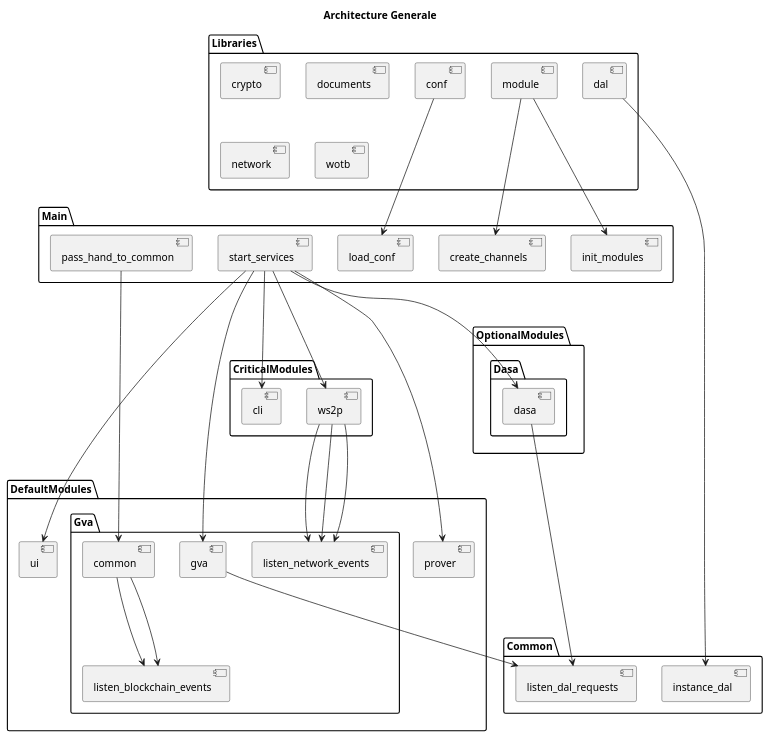
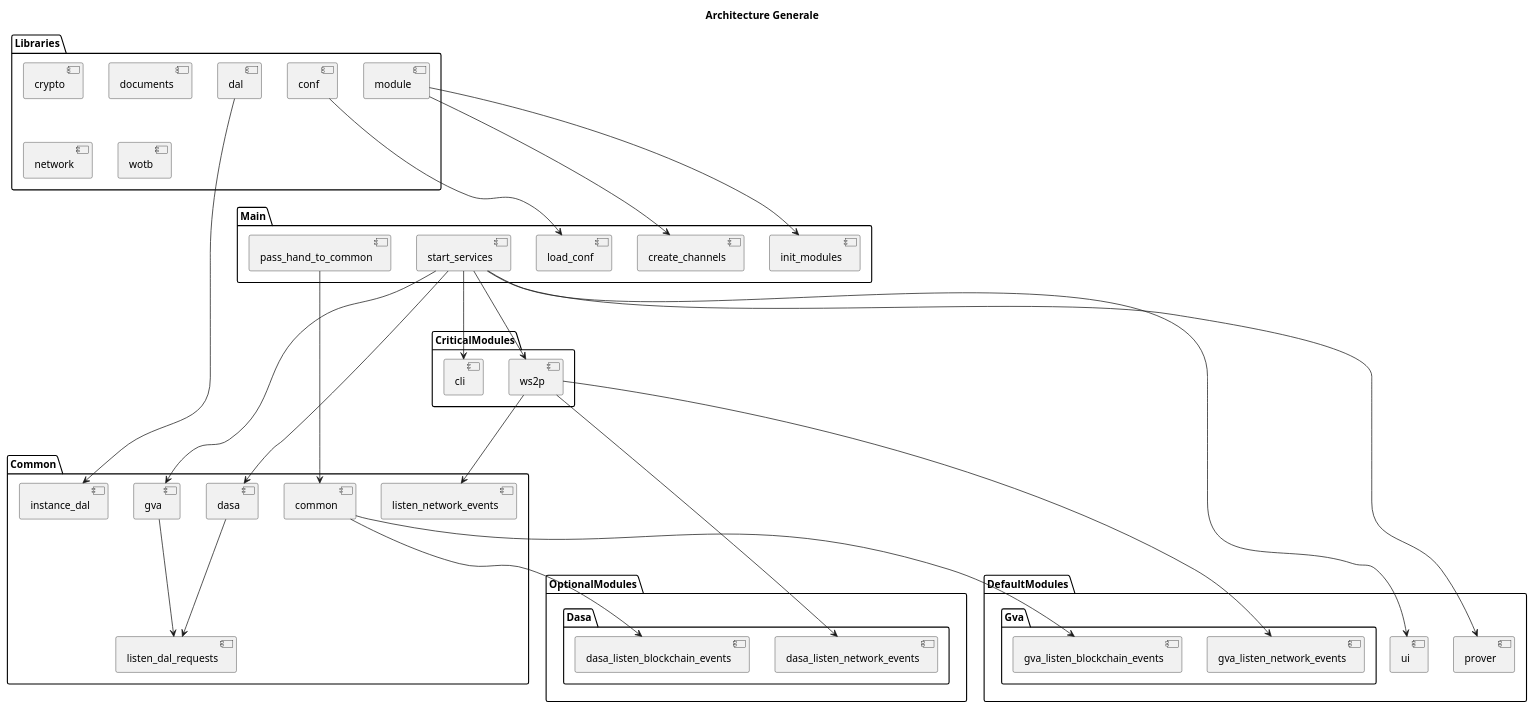
Before and after one commit to duniter/website_fr: the diagram in content/pages/wiki/duniter-rs/architecture.md, drawn with PlantUML.

Commit message:
update duniter-rs archi graph

```diff
--- a/content/pages/wiki/duniter-rs/architecture.md
+++ b/content/pages/wiki/duniter-rs/architecture.md
@@ -11,54 +11,54 @@
 @startuml
 
 title Architecture Generale
 
 package "Libraries" {
     [crypto]
     [conf]
     [documents]
     [module]
     [network]
     [wotb]
     [dal]
 }
 
 package "Main" {
     [conf] ---> [load_conf]
     [module] ---> [create_channels]
     [module] ---> [init_modules]
     [start_services]
     [pass_hand_to_common]
 }
 
 package "CriticalModules" {
   [start_services] ---> [cli]
   [start_services] ---> [ws2p]
 }
 
-package "DefaultModules" {
-  [start_services] ---> [prover]
-  [start_services] ---> [ui]
-  package "Gva" {
-        [start_services] ---> [gva]
-        [ws2p] ---> [listen_network_events]
-        [common] ---> [listen_blockchain_events]
-    }
-}
-
-package "OptionalModules" {
-    package "Dasa" {
-        [start_services] ---> [dasa]
-        [ws2p] ---> [listen_network_events]
-        [common] ---> [listen_blockchain_events]
-    }
-}
-
 package "Common" {
     [pass_hand_to_common] ---> [common]
     [dal] ---> [instance_dal]
     [ws2p] ---> [listen_network_events]
     [gva] ---> [listen_dal_requests]
     [dasa] ---> [listen_dal_requests]
 }
 
+package "DefaultModules" {
+  [start_services] ---> [prover]
+  [start_services] ---> [ui]
+  package "Gva" {
+        [start_services] ---> [gva]
+        [ws2p] ---> [gva_listen_network_events]
+        [common] ---> [gva_listen_blockchain_events]
+    }
+}
+
+package "OptionalModules" {
+    package "Dasa" {
+        [start_services] ---> [dasa]
+        [ws2p] ---> [dasa_listen_network_events]
+        [common] ---> [dasa_listen_blockchain_events]
+    }
+}
+
 @enduml
```
